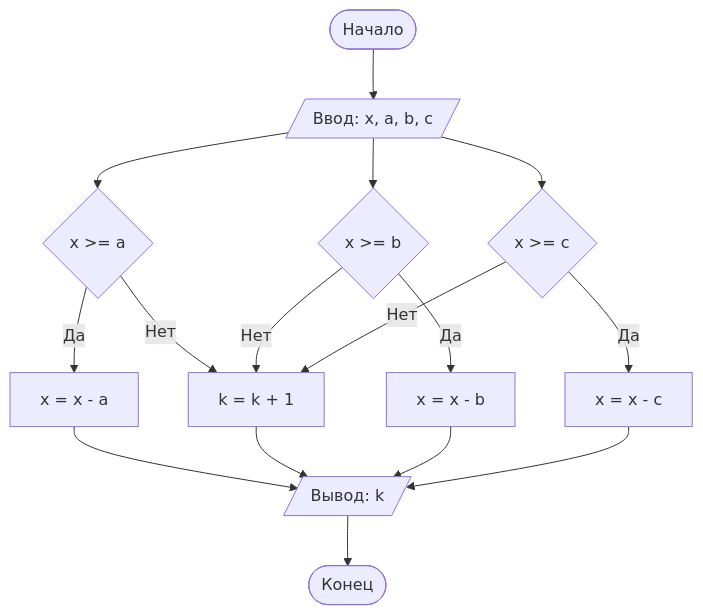
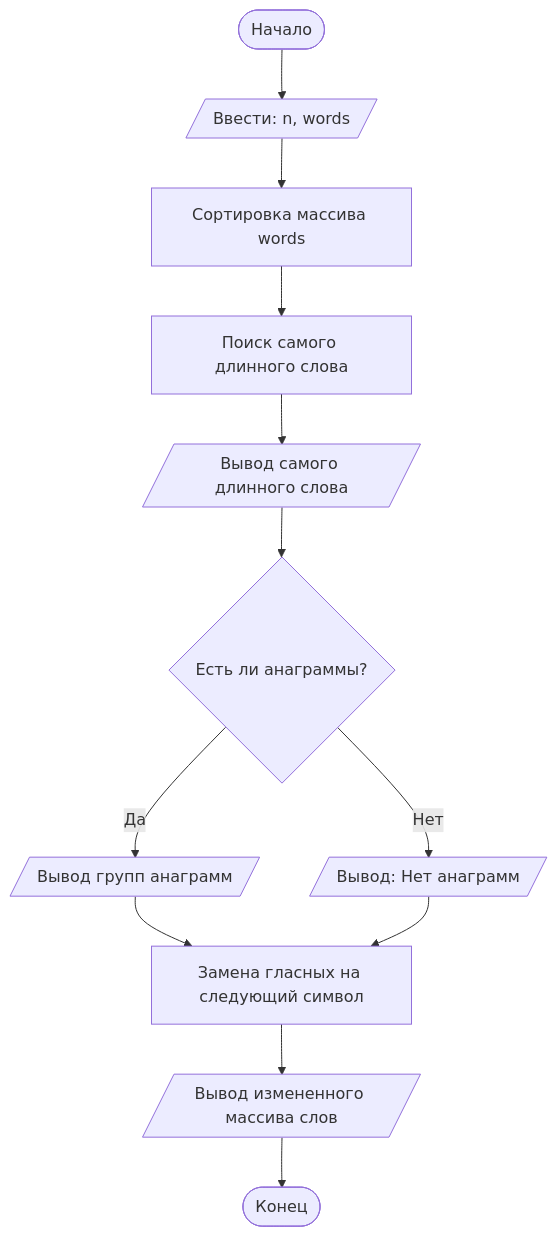
Before and after one commit to Yelps7/LabExample: the diagram in README.md, drawn with Mermaid. The commit also changed other lines of this file, not shown here.

````diff
--- a/README.md
+++ b/README.md
@@ -84,20 +103,18 @@
 ```mermaid
-graph TD;
- A([Начало]) --> B[/Ввод: x, a, b, c/]; 
- B --> C{x >= a}; 
- B --> D{x >= b}; 
- B --> E{x >= c}; 
- C -- Да --> F[x = x - a]; 
- C -- Нет --> L[k = k + 1]; 
- D -- Да --> M[x = x - b]; 
- D -- Нет --> L[k = k + 1]; 
- E -- Да --> N[x = x - c]; 
- E -- Нет --> L[k = k + 1]; 
- F --> O[/Вывод: k/] 
- L --> O[/Вывод: k/] 
- M --> O[/Вывод: k/] 
- N --> O[/Вывод: k/] 
- O --> J([Конец]) 
-
-
+graph TD
+     A([Начало]) --> B[/Ввести: n, words/]
+    
+    B --> C[Сортировка массива words]
+    C --> D[Поиск самого длинного слова]
+    D --> E[/Вывод самого длинного слова/]
+    
+    E --> F{Есть ли анаграммы?}
+    F -- Да --> G[/Вывод групп анаграмм/]
+    F -- Нет --> H[/Вывод: Нет анаграмм/]
+    
+    G --> I[Замена гласных на следующий символ]
+    H --> I
+    
+    I --> J[/Вывод измененного массива слов/]
+    J --> Z([Конец])
 ```
````
